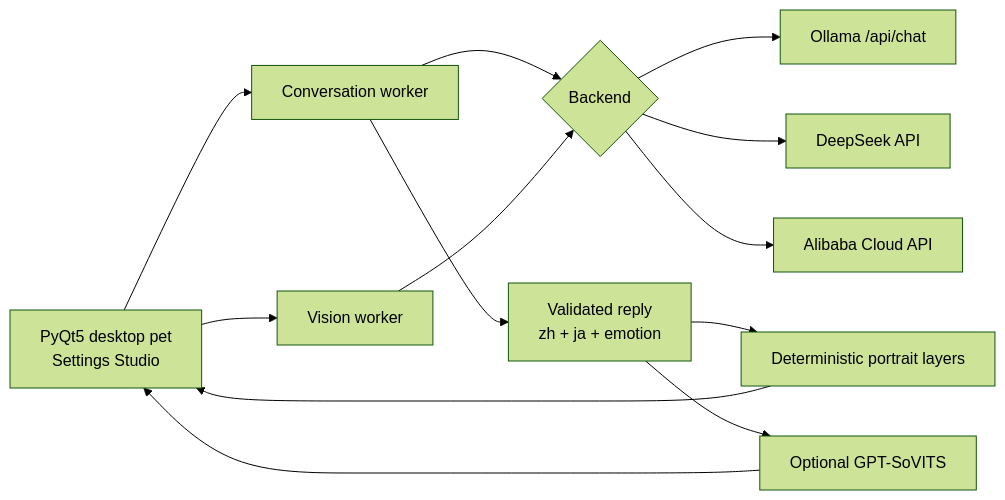
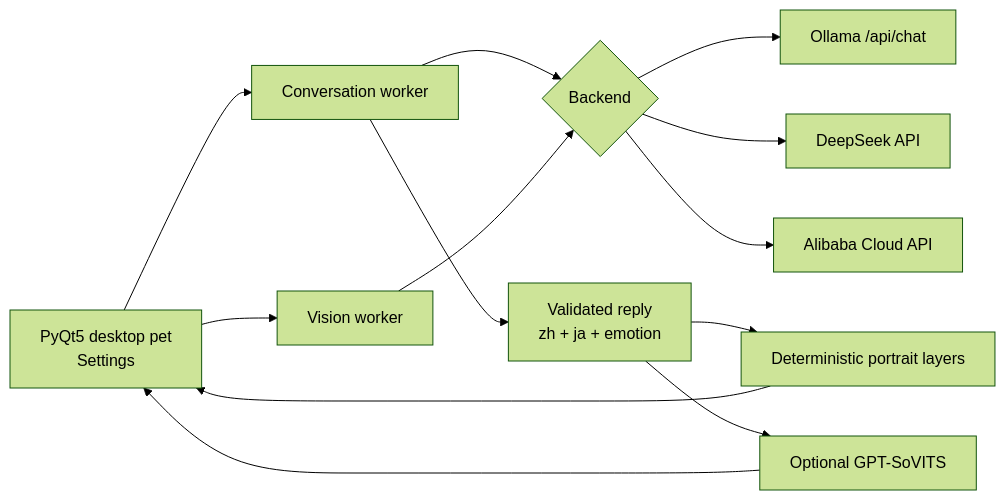
The diagram in README.md (kuxiaowo/AIpet-Murasame), drawn with Mermaid (forest theme) before and after one commit. The commit also changed other lines of this file and 17 other files, not shown here.

````diff
--- a/README.md
+++ b/README.md
@@ -68,15 +68,15 @@
 ```mermaid
 flowchart LR
-    UI["PyQt5 desktop pet<br>Settings Studio"] --> C["Conversation worker"]
+    UI["PyQt5 desktop pet<br>Settings"] --> C["Conversation worker"]
     UI --> V["Vision worker"]
     C --> B{"Backend"}
     V --> B
     B --> O["Ollama /api/chat"]
     B --> D["DeepSeek API"]
     B --> A["Alibaba Cloud API"]
     C --> R["Validated reply<br>zh + ja + emotion"]
     R --> P["Deterministic portrait layers"]
     R --> T["Optional GPT-SoVITS"]
     P --> UI
     T --> UI
 ```
````
